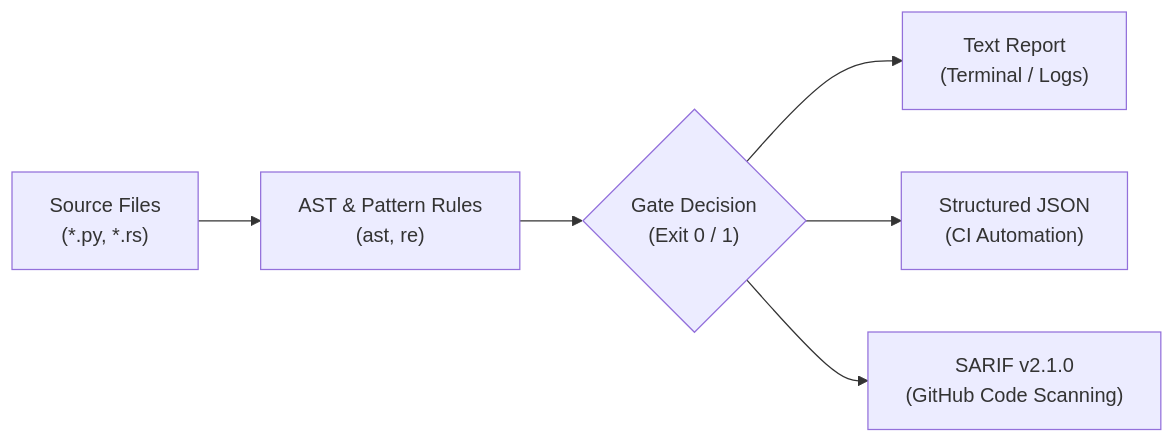
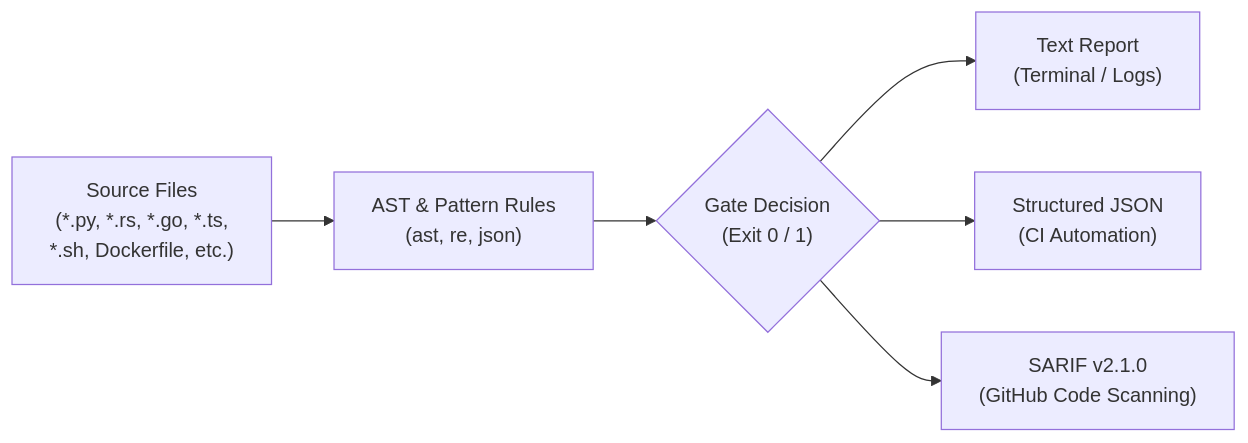
The diagram in README.md (NatthaphongY/corral-lite), drawn with Mermaid before and after one commit. The commit also changed other lines of this file and 15 other files, not shown here.

````diff
--- a/README.md
+++ b/README.md
@@ -20,8 +20,8 @@
 ```mermaid
 flowchart LR
-    A["Source Files<br/>(*.py, *.rs)"] --> B["AST & Pattern Rules<br/>(ast, re)"]
+    A["Source Files<br/>(*.py, *.rs, *.go, *.ts,<br/>*.sh, Dockerfile, etc.)"] --> B["AST & Pattern Rules<br/>(ast, re, json)"]
     B --> C{"Gate Decision<br/>(Exit 0 / 1)"}
     C --> D["Text Report<br/>(Terminal / Logs)"]
     C --> E["Structured JSON<br/>(CI Automation)"]
     C --> F["SARIF v2.1.0<br/>(GitHub Code Scanning)"]
 ```
````
